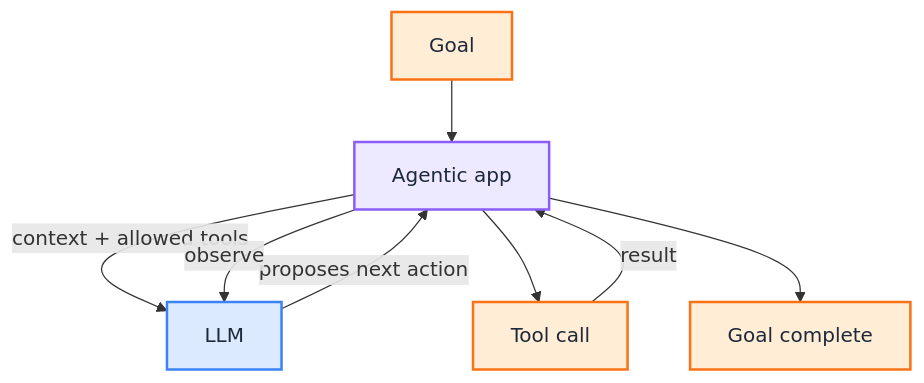
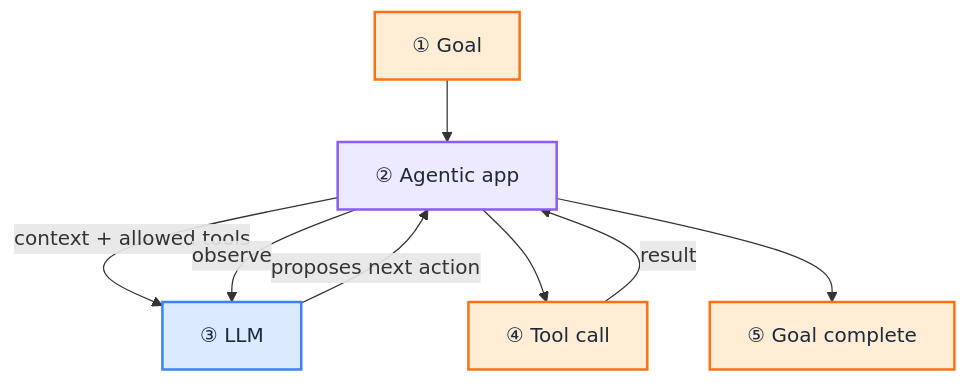
The third of 8 diagrams in docs/insights/2026-08-05-enterprise-ai-workflow-patterns-autonomy-vs-control/enterprise-ai-workflow-patterns-autonomy-vs-control.mdx (iamsharmajitender/gain), drawn with Mermaid before and after one commit. The commit also changed other lines of this file and 201 other files, not shown here.

````diff
--- a/docs/insights/2026-08-05-enterprise-ai-workflow-patterns-autonomy-vs-control/enterprise-ai-workflow-patterns-autonomy-vs-control.mdx
+++ b/docs/insights/2026-08-05-enterprise-ai-workflow-patterns-autonomy-vs-control/enterprise-ai-workflow-patterns-autonomy-vs-control.mdx
@@ -268,18 +270,18 @@
 ```mermaid
 flowchart TB
-    Goal[Goal] --> App[Agentic app]
-    App -->|"context + allowed tools"| LLM[LLM]
+    Goal["① Goal"] --> App["② Agentic app"]
+    App -->|"context + allowed tools"| LLM["③ LLM"]
     LLM -->|"proposes next action"| App
-    App --> Tool[Tool call]
+    App --> Tool["④ Tool call"]
     Tool -->|"result"| App
     App -->|"observe"| LLM
-    App --> Done[Goal complete]
+    App --> Done["⑤ Goal complete"]
 
     classDef app fill:#ede9fe,stroke:#8b5cf6,color:#1e293b,stroke-width:2px
     classDef llm fill:#dbeafe,stroke:#3b82f6,color:#1e293b,stroke-width:2px
     classDef other fill:#ffedd5,stroke:#f97316,color:#1e293b,stroke-width:2px
 
     class App app
     class LLM llm
     class Goal,Tool,Done other
 ```
````
